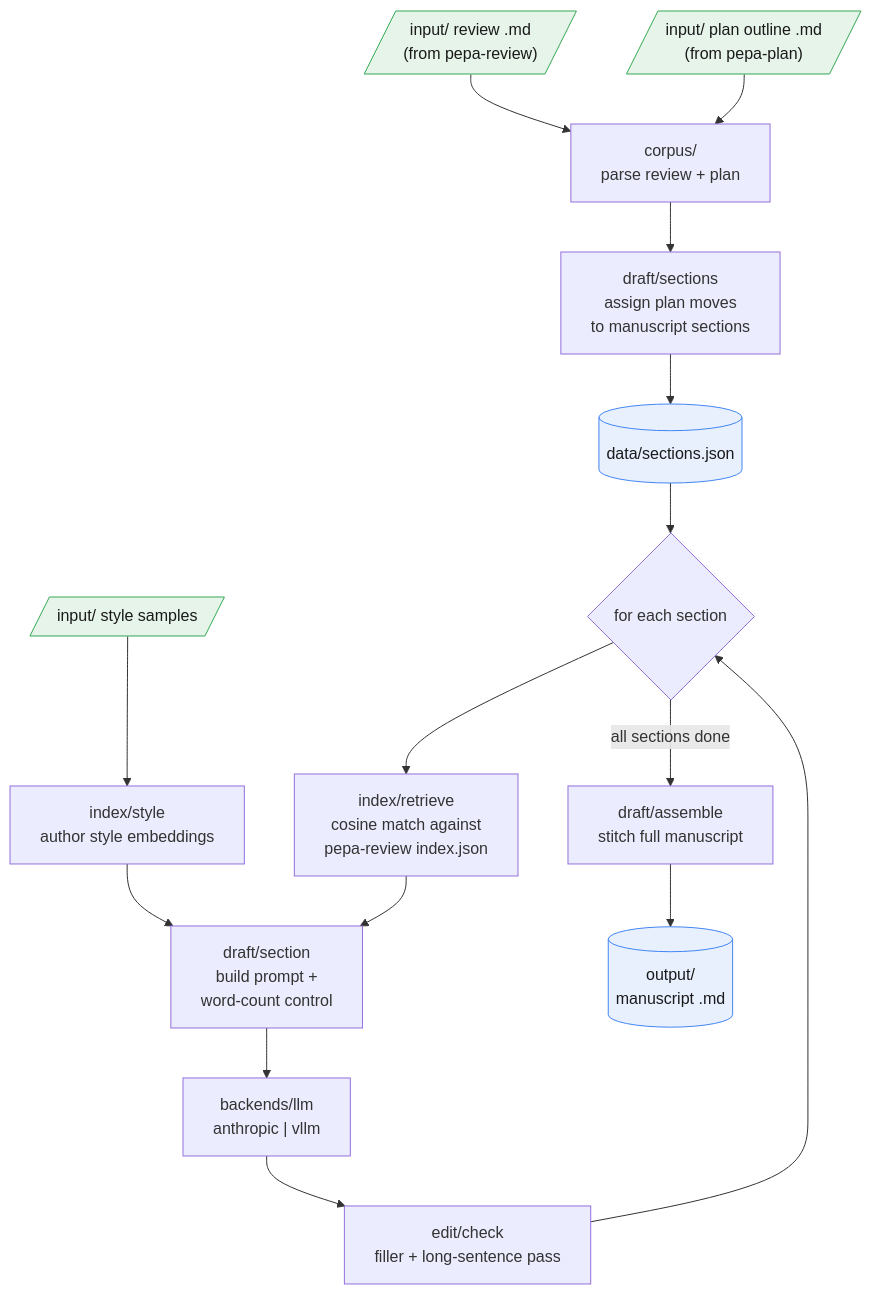
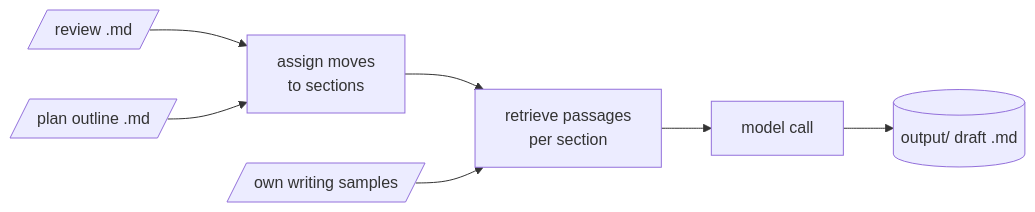
One commit to mashud37/pepa-workers changed the diagram in workers/pepa-draft/README.md. Above: the diagram before and after it, drawn with Mermaid. The commit also changed other lines of this file and 7 other files, not shown here.

````diff
--- a/workers/pepa-draft/README.md
+++ b/workers/pepa-draft/README.md
@@ -7,25 +13,9 @@
 ```mermaid
-flowchart TD
-    REV[/"input/ review .md<br/>(from pepa-review)"/] --> PARSE["corpus/<br/>parse review + plan"]
-    PLAN[/"input/ plan outline .md<br/>(from pepa-plan)"/] --> PARSE
-    SAMPLES[/"input/ style samples"/] --> STYLEIDX["index/style<br/>author style embeddings"]
-
-    PARSE --> ASSIGN["draft/sections<br/>assign plan moves<br/>to manuscript sections"]
-    ASSIGN --> SECJSON[("data/sections.json")]
-    SECJSON --> LOOP{"for each section"}
-
-    LOOP --> RETR["index/retrieve<br/>cosine match against<br/>pepa-review index.json"]
-    RETR --> BUILD["draft/section<br/>build prompt +<br/>word-count control"]
-    STYLEIDX --> BUILD
-    BUILD --> LLM["backends/llm<br/>anthropic | vllm"]
-    LLM --> CHECK["edit/check<br/>filler + long-sentence pass"]
-    CHECK --> LOOP
-
-    LOOP -->|"all sections done"| ASSEMBLE["draft/assemble<br/>stitch full manuscript"]
-    ASSEMBLE --> OUT[("output/<br/>manuscript .md")]
-
-    classDef store fill:#e8f0fe,stroke:#4285f4,color:#1a1a1a;
-    classDef ext fill:#e6f4ea,stroke:#34a853,color:#1a1a1a;
-    class SECJSON,OUT store;
-    class REV,PLAN,SAMPLES ext;
+flowchart LR
+    REV[/"review .md"/] --> ASSIGN["assign moves<br/>to sections"]
+    PLAN[/"plan outline .md"/] --> ASSIGN
+    ASSIGN --> RETR["retrieve passages<br/>per section"]
+    STYLE[/"own writing samples"/] --> RETR
+    RETR --> LLM["model call"]
+    LLM --> OUT[("output/ draft .md")]
 ```
````
